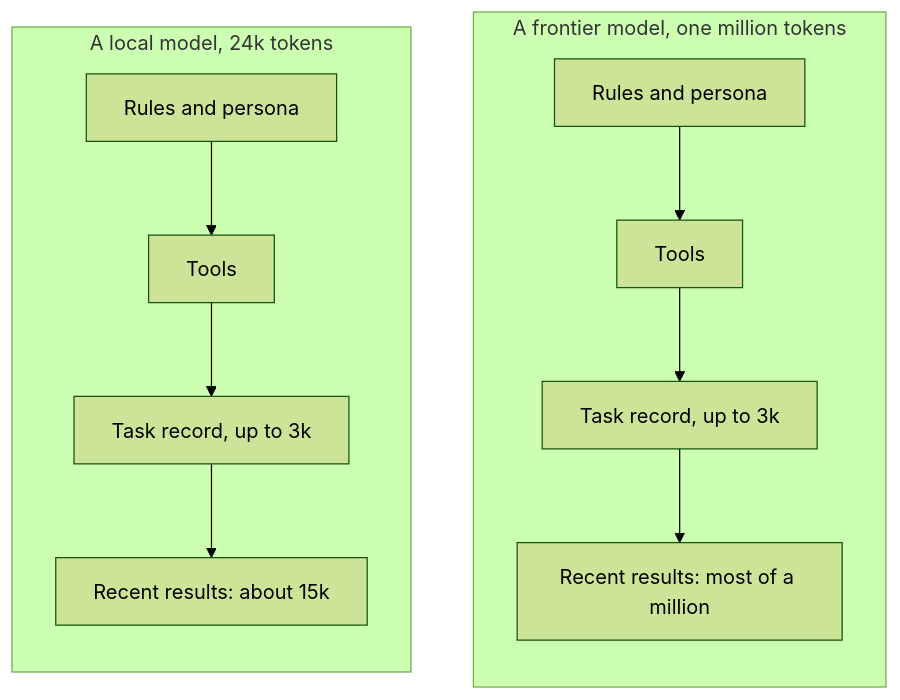
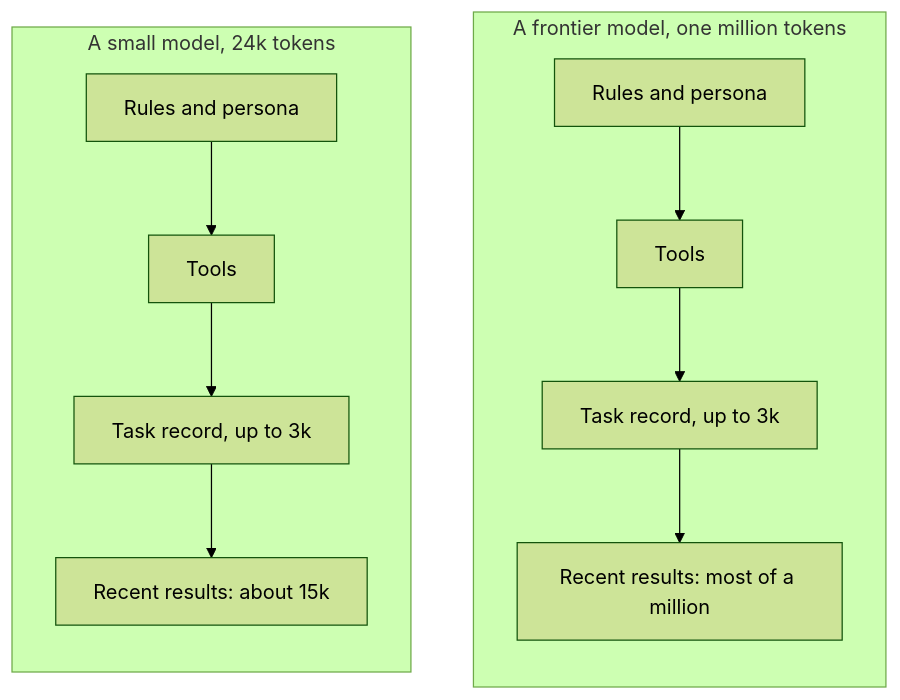
The sixth of 8 diagrams in NERDGENIE.md (JaredTate/nerdgenie), drawn with Mermaid (forest theme) before and after one commit. The commit also changed other lines of this file, not shown here.

````diff
--- a/NERDGENIE.md
+++ b/NERDGENIE.md
@@ -246,11 +254,11 @@
 ```mermaid
 flowchart TB
   subgraph Big["A frontier model, one million tokens"]
     direction TB
     B1["Rules and persona"] --> B2["Tools"] --> B3["Task record, up to 3k"] --> B4["Recent results: most of a million"]
   end
-  subgraph Small["A local model, 24k tokens"]
+  subgraph Small["A small model, 24k tokens"]
     direction TB
     S1["Rules and persona"] --> S2["Tools"] --> S3["Task record, up to 3k"] --> S4["Recent results: about 15k"]
   end
 ```
````
